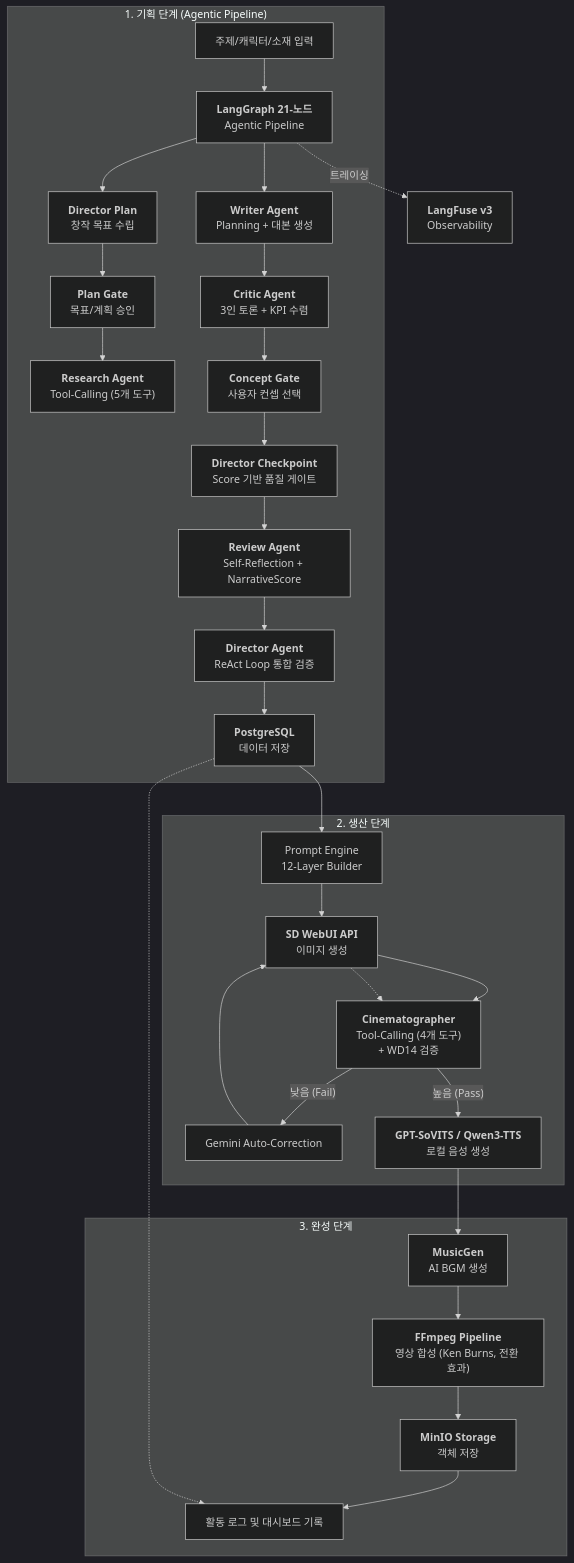
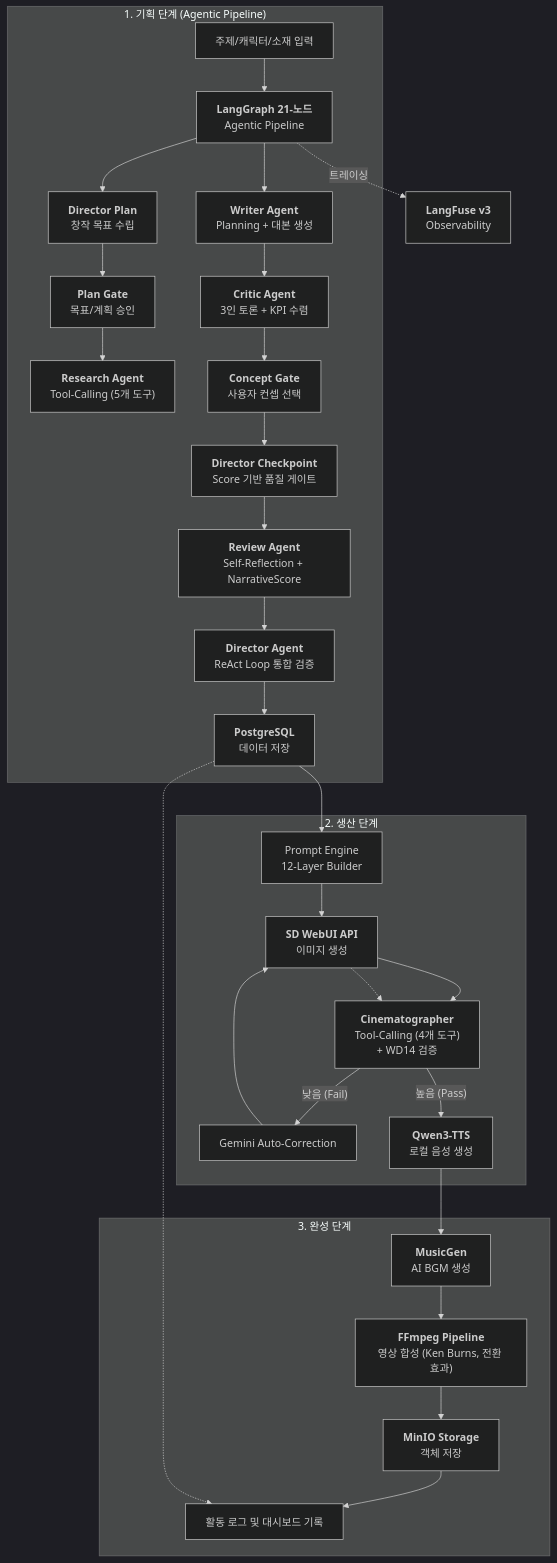
One commit to tomo-playground/sdd-orchestrator changed the first of 2 diagrams in docs/01_product/PRD.md. Above: the diagram before and after it, drawn with Mermaid (dark theme). The commit also changed other lines of this file and 3 other files, not shown here.

First line of the commit message:
docs: SoVITS 잔여 참조 전면 제거 + Qwen3 TTS 전환 완료 처리

````diff
--- a/docs/01_product/PRD.md
+++ b/docs/01_product/PRD.md
@@ -9,39 +9,39 @@
 ```mermaid
 graph TD
     subgraph Planning ["1. 기획 단계 (Agentic Pipeline)"]
         Topic[주제/캐릭터/소재 입력] --> Graph["<b>LangGraph 21-노드</b><br/>Agentic Pipeline"]
         Graph --> DirPlan["<b>Director Plan</b><br/>창작 목표 수립"]
         DirPlan --> PlanGate["<b>Plan Gate</b><br/>목표/계획 승인"]
         PlanGate --> Research["<b>Research Agent</b><br/>Tool-Calling (5개 도구)"]
         Graph --> Writer["<b>Writer Agent</b><br/>Planning + 대본 생성"]
         Writer --> Critic["<b>Critic Agent</b><br/>3인 토론 + KPI 수렴"]
         Critic --> ConceptGate["<b>Concept Gate</b><br/>사용자 컨셉 선택"]
         ConceptGate --> DirCheck["<b>Director Checkpoint</b><br/>Score 기반 품질 게이트"]
         DirCheck --> Review["<b>Review Agent</b><br/>Self-Reflection + NarrativeScore"]
         Review --> Director["<b>Director Agent</b><br/>ReAct Loop 통합 검증"]
         Director --> DB_Store["<b>PostgreSQL</b><br/>데이터 저장"]
     end
 
     subgraph Production ["2. 생산 단계"]
         DB_Store --> Prompt[Prompt Engine<br/>12-Layer Builder]
         Prompt --> SD["<b>SD WebUI API</b><br/>이미지 생성"]
         SD --> Quality["<b>Cinematographer</b><br/>Tool-Calling (4개 도구)<br/>+ WD14 검증"]
         Quality -- "낮음 (Fail)" --> AutoEdit[Gemini Auto-Correction]
         AutoEdit --> SD
-        Quality -- "높음 (Pass)" --> Audio["<b>GPT-SoVITS / Qwen3-TTS</b><br/>로컬 음성 생성"]
+        Quality -- "높음 (Pass)" --> Audio["<b>Qwen3-TTS</b><br/>로컬 음성 생성"]
     end
 
     subgraph Finalization ["3. 완성 단계"]
         Audio --> BGM["<b>MusicGen</b><br/>AI BGM 생성"]
         BGM --> FFmpeg["<b>FFmpeg Pipeline</b><br/>영상 합성 (Ken Burns, 전환 효과)"]
         FFmpeg --> MinIO["<b>MinIO Storage</b><br/>객체 저장"]
         MinIO --> History[활동 로그 및 대시보드 기록]
     end
 
     %% Observability
     Graph -.->|트레이싱| LangFuse["<b>LangFuse v3</b><br/>Observability"]
 
     %% Data Connections
     DB_Store -.-> History
     SD -.-> Quality
 ```
````
